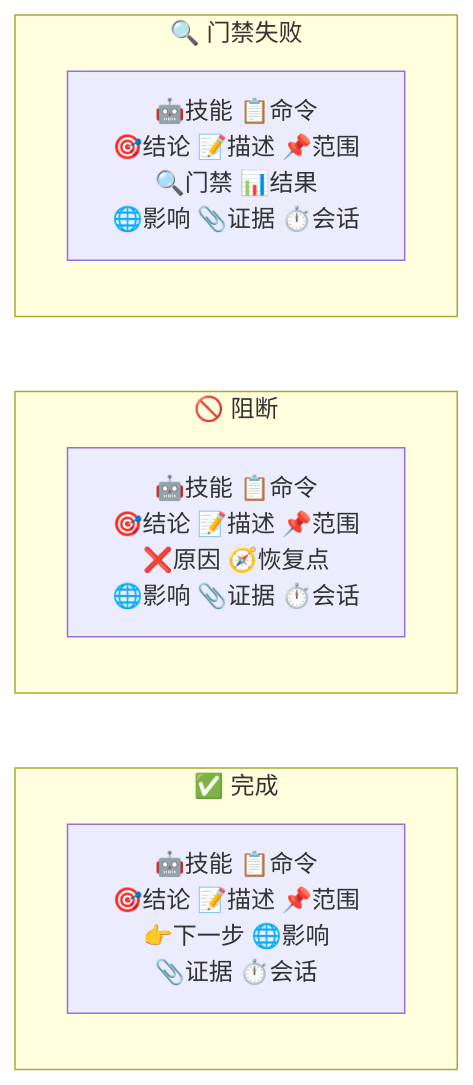
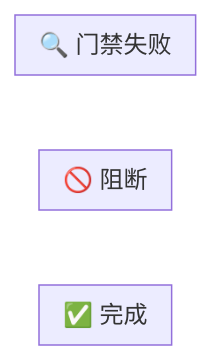
Before and after one commit to effiy/YrY: the fourth of 9 diagrams in skills/rui-bot/SKILL.md, drawn with Mermaid. The commit also changed other lines of this file and 42 other files, not shown here.

First line of the commit message:
feat: apply Mermaid authoring rules (M1-M12) across entire codebase

````diff
--- a/skills/rui-bot/SKILL.md
+++ b/skills/rui-bot/SKILL.md
@@ -119,13 +130,14 @@
 ```mermaid
 flowchart LR
     subgraph 完成["✅ 完成"]
-        C1["🤖技能 📋命令<br/>🎯结论 📝描述 📌范围<br/>👉下一步 🌐影响<br/>📎证据 ⏱️会话"]:::ok
+        direction TB
     end
     subgraph 阻断["🚫 阻断"]
-        C2["🤖技能 📋命令<br/>🎯结论 📝描述 📌范围<br/>❌原因 🧭恢复点<br/>🌐影响 📎证据 ⏱️会话"]:::block
+        direction TB
     end
     subgraph 门禁["🔍 门禁失败"]
-        C3["🤖技能 📋命令<br/>🎯结论 📝描述 📌范围<br/>🔍门禁 📊结果<br/>🌐影响 📎证据 ⏱️会话"]:::gate
+        direction TB
     end
 
+
 ```
````
